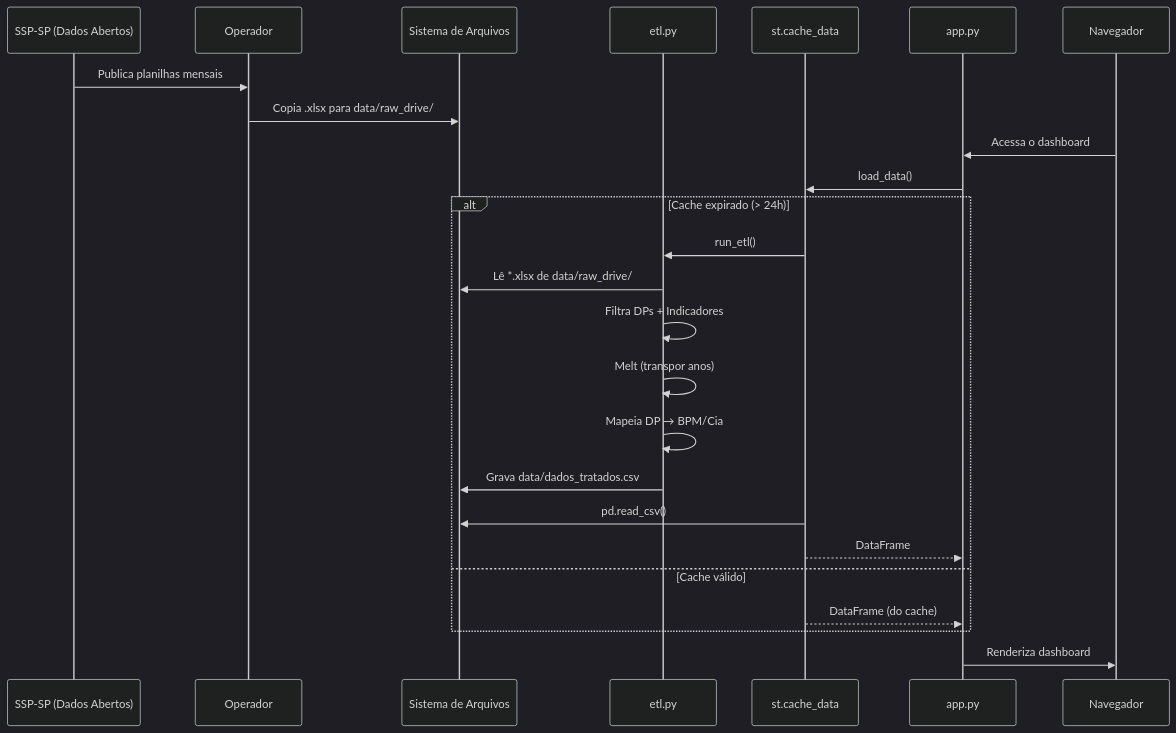
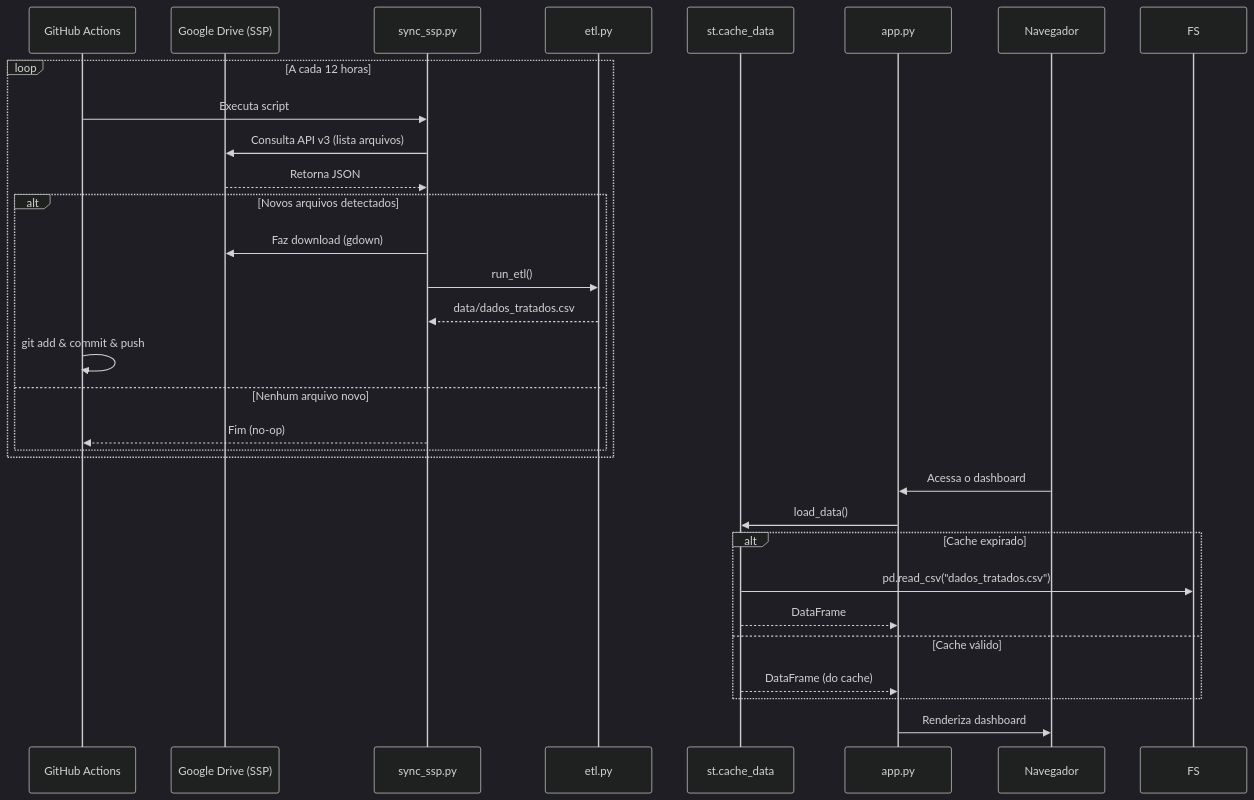
One commit to Renatoandrade00/indicadores_criminais_m4 changed the third of 4 diagrams in docs/SDD.md. Above: the diagram before and after it, drawn with Mermaid (dark theme). The commit also changed other lines of this file and 1 other file, not shown here.

````diff
--- a/docs/SDD.md
+++ b/docs/SDD.md
@@ -282,28 +303,34 @@
 ```mermaid
 sequenceDiagram
-    participant SSP as SSP-SP (Dados Abertos)
-    participant OP as Operador
-    participant FS as Sistema de Arquivos
+    participant GHA as GitHub Actions
+    participant SSP as Google Drive (SSP)
+    participant SYNC as sync_ssp.py
     participant ETL as etl.py
     participant CACHE as st.cache_data
     participant APP as app.py
     participant USER as Navegador
 
-    SSP->>OP: Publica planilhas mensais
-    OP->>FS: Copia .xlsx para data/raw_drive/
+    loop A cada 12 horas
+        GHA->>SYNC: Executa script
+        SYNC->>SSP: Consulta API v3 (lista arquivos)
+        SSP-->>SYNC: Retorna JSON
+        alt Novos arquivos detectados
+            SYNC->>SSP: Faz download (gdown)
+            SYNC->>ETL: run_etl()
+            ETL-->>SYNC: data/dados_tratados.csv
+            GHA->>GHA: git add & commit & push
+        else Nenhum arquivo novo
+            SYNC-->>GHA: Fim (no-op)
+        end
+    end
+
     USER->>APP: Acessa o dashboard
     APP->>CACHE: load_data()
-    alt Cache expirado (> 24h)
-        CACHE->>ETL: run_etl()
-        ETL->>FS: Lê *.xlsx de data/raw_drive/
-        ETL->>ETL: Filtra DPs + Indicadores
-        ETL->>ETL: Melt (transpor anos)
-        ETL->>ETL: Mapeia DP → BPM/Cia
-        ETL->>FS: Grava data/dados_tratados.csv
-        CACHE->>FS: pd.read_csv()
+    alt Cache expirado
+        CACHE->>FS: pd.read_csv("dados_tratados.csv")
         CACHE-->>APP: DataFrame
     else Cache válido
         CACHE-->>APP: DataFrame (do cache)
     end
     APP->>USER: Renderiza dashboard
 ```
````
